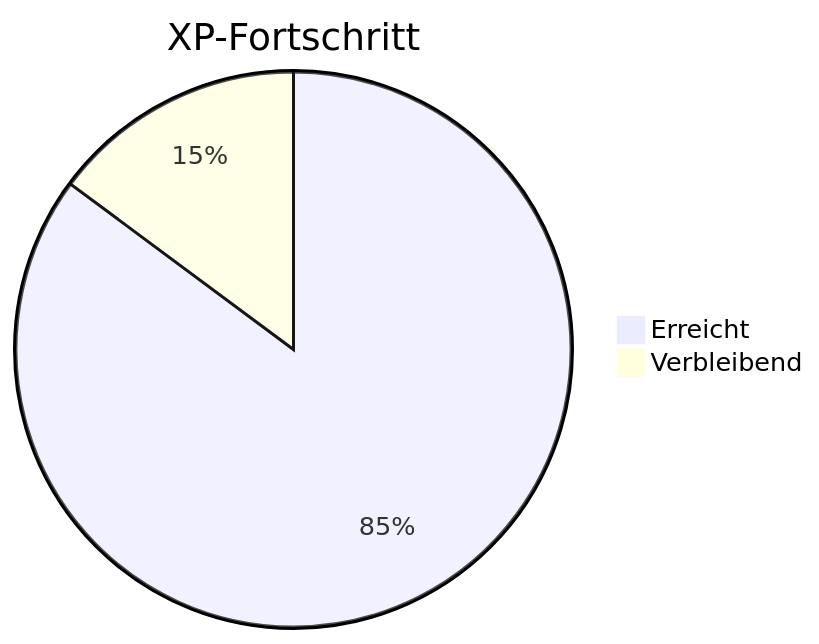
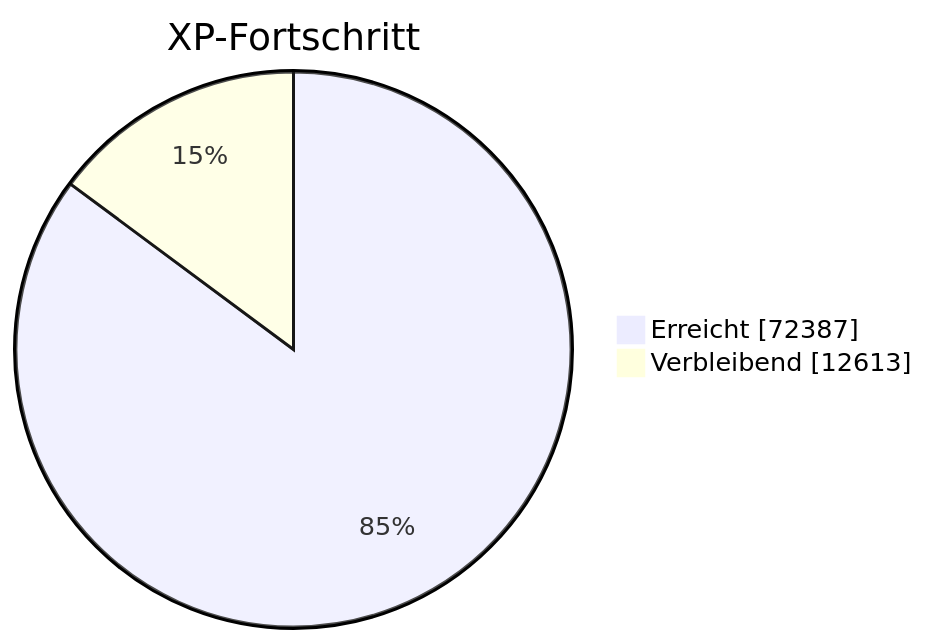
Before and after one commit to benno93/HansZimmer: the diagram in 00_Barde.md, drawn with Mermaid.

````diff
--- a/00_Barde.md
+++ b/00_Barde.md
@@ -3,5 +3,6 @@
 ```mermaid
-pie title XP-Fortschritt
+pie showData
+    title XP-Fortschritt
     "Erreicht" : 72387
     "Verbleibend" : 12613
 ```
````
